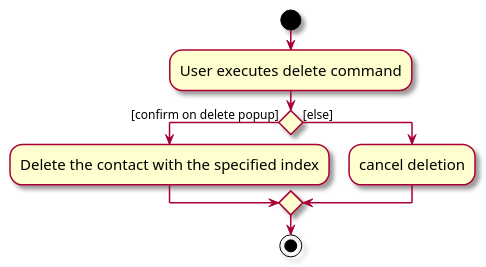
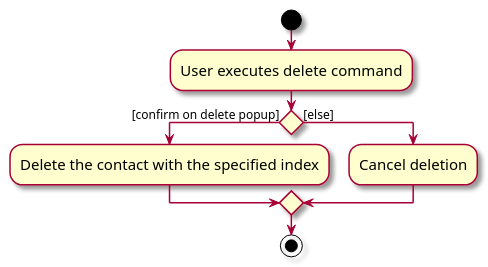
The diagram in docs/diagrams/DeletePopupActivityDiagram.puml (nus-cs2103-AY2425S1/tp), drawn with PlantUML before and after one commit.

Commit message:
Adding deletePop up to DG

```diff
--- a/docs/diagrams/DeletePopupActivityDiagram.puml
+++ b/docs/diagrams/DeletePopupActivityDiagram.puml
@@ -1,18 +1,18 @@
 @startuml
 skin rose
 skinparam ActivityFontSize 15
 skinparam ArrowFontSize 12
 start
 :User executes delete command;
 
 'Since the beta syntax does not support placing the condition outside the
 'diamond we place it as the true branch instead.
 
 if () then ([confirm on delete popup])
     :Delete the contact with the specified index;
 else ([else])
-    :cancel deletion;
+    :Cancel deletion;
 
 endif
 stop
 @enduml
```
